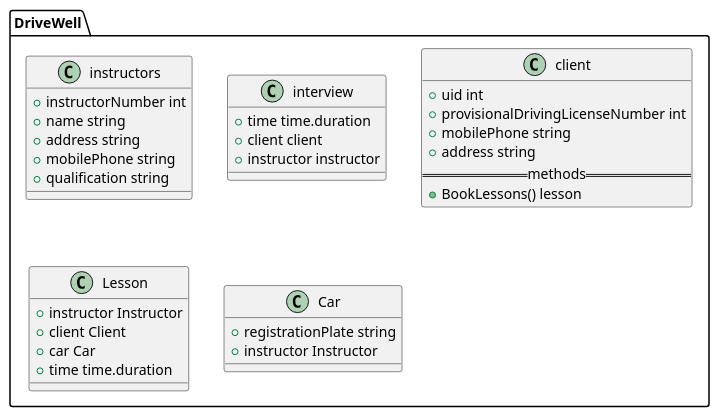
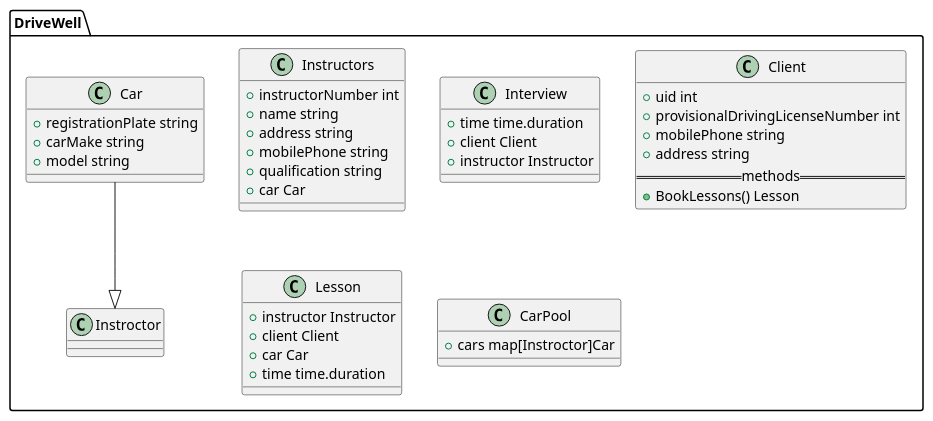
The second of 2 diagrams in CS335FZ-Software-Engineering-Software-Process/FinalExam/SUMMER 2019 EXAMINATION.md (Anxiu0101/Semester4LectureNotes), drawn with PlantUML before and after one commit.

Commit message:
vault backup: 2022-06-21 14:24:22

````diff
--- a/CS335FZ-Software-Engineering-Software-Process/FinalExam/SUMMER 2019 EXAMINATION.md
+++ b/CS335FZ-Software-Engineering-Software-Process/FinalExam/SUMMER 2019 EXAMINATION.md
@@ -37,38 +37,45 @@
 ```puml
 package DriveWell {
-	class instructors {
+	class Instructors {
 		+ instructorNumber int
 		+ name string
 		+ address string
 		+ mobilePhone string
 		+ qualification string
+		+ car Car
 	}
 	
-	class interview {
+	class Interview {
 		+ time time.duration
-		+ client client
-		+ instructor instructor
+		+ client Client
+		+ instructor Instructor
 	}
 	
-	class client {
+	class Client {
 		+ uid int
 		+ provisionalDrivingLicenseNumber int
 		+ mobilePhone string
 		+ address string
 		== methods ==
-		+ BookLessons() lesson
+		+ BookLessons() Lesson
 	}
 	
 	class Lesson {
 		+ instructor Instructor
 		+ client Client
 		+ car Car
 		+ time time.duration
 	}
 	
 	class Car {
 		+ registrationPlate string
-		+ instructor Instructor
+		+ carMake string
+		+ model string
+	}
+	Car --|> Instroctor
+	
+	class CarPool {
+		+ cars map[Instroctor]Car
 	}
 }
 ```
````
